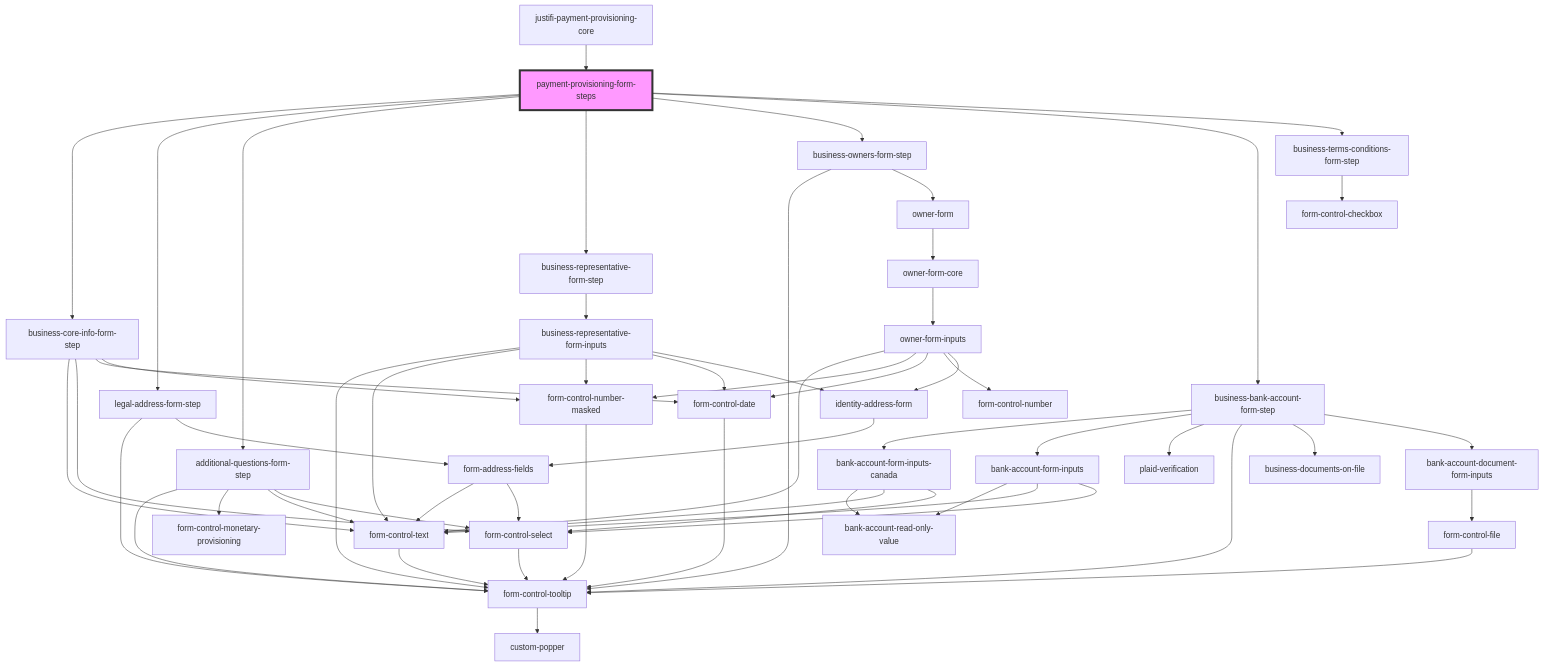
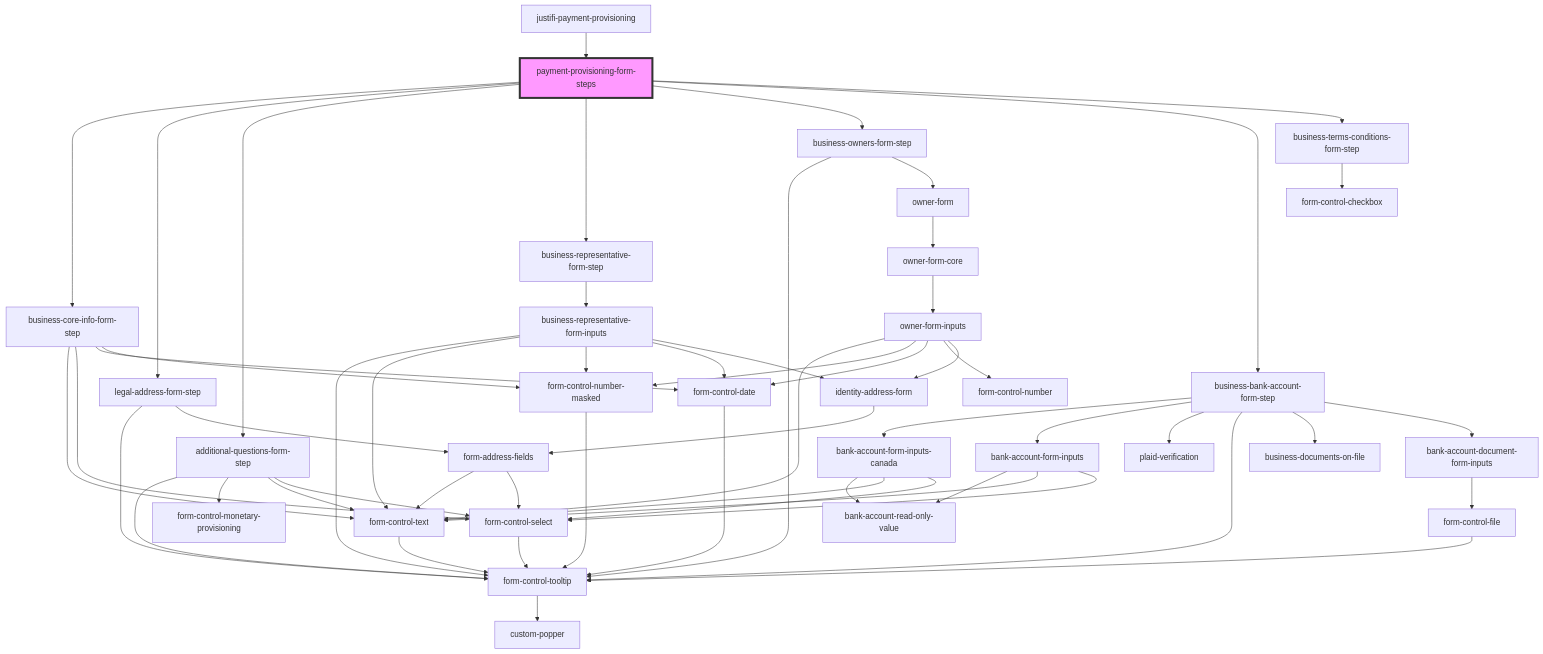
One commit to justifi-tech/web-component-library changed the diagram in packages/webcomponents/src/components/business-forms/payment-provisioning/readme.md. Above: the diagram before and after it, drawn with Mermaid. The commit also changed other lines of this file and 3 other files, not shown here.

First line of the commit message:
refactor: consolidate payment provisioning logic into JustifiPaymentProvisioning component

````diff
--- a/packages/webcomponents/src/components/business-forms/payment-provisioning/readme.md
+++ b/packages/webcomponents/src/components/business-forms/payment-provisioning/readme.md
@@ -54,60 +54,60 @@
 ```mermaid
 graph TD;
   payment-provisioning-form-steps --> business-core-info-form-step
   payment-provisioning-form-steps --> legal-address-form-step
   payment-provisioning-form-steps --> additional-questions-form-step
   payment-provisioning-form-steps --> business-representative-form-step
   payment-provisioning-form-steps --> business-owners-form-step
   payment-provisioning-form-steps --> business-bank-account-form-step
   payment-provisioning-form-steps --> business-terms-conditions-form-step
   business-core-info-form-step --> form-control-text
   business-core-info-form-step --> form-control-select
   business-core-info-form-step --> form-control-date
   business-core-info-form-step --> form-control-number-masked
   form-control-text --> form-control-tooltip
   form-control-tooltip --> custom-popper
   form-control-select --> form-control-tooltip
   form-control-date --> form-control-tooltip
   form-control-number-masked --> form-control-tooltip
   legal-address-form-step --> form-control-tooltip
   legal-address-form-step --> form-address-fields
   form-address-fields --> form-control-text
   form-address-fields --> form-control-select
   additional-questions-form-step --> form-control-tooltip
   additional-questions-form-step --> form-control-monetary-provisioning
   additional-questions-form-step --> form-control-text
   additional-questions-form-step --> form-control-select
   business-representative-form-step --> business-representative-form-inputs
   business-representative-form-inputs --> form-control-tooltip
   business-representative-form-inputs --> form-control-text
   business-representative-form-inputs --> form-control-number-masked
   business-representative-form-inputs --> form-control-date
   business-representative-form-inputs --> identity-address-form
   identity-address-form --> form-address-fields
   business-owners-form-step --> form-control-tooltip
   business-owners-form-step --> owner-form
   owner-form --> owner-form-core
   owner-form-core --> owner-form-inputs
   owner-form-inputs --> form-control-text
   owner-form-inputs --> form-control-number-masked
   owner-form-inputs --> form-control-date
   owner-form-inputs --> form-control-number
   owner-form-inputs --> identity-address-form
   business-bank-account-form-step --> bank-account-form-inputs-canada
   business-bank-account-form-step --> bank-account-form-inputs
   business-bank-account-form-step --> plaid-verification
   business-bank-account-form-step --> form-control-tooltip
   business-bank-account-form-step --> business-documents-on-file
   business-bank-account-form-step --> bank-account-document-form-inputs
   bank-account-form-inputs-canada --> bank-account-read-only-value
   bank-account-form-inputs-canada --> form-control-text
   bank-account-form-inputs-canada --> form-control-select
   bank-account-form-inputs --> bank-account-read-only-value
   bank-account-form-inputs --> form-control-text
   bank-account-form-inputs --> form-control-select
   bank-account-document-form-inputs --> form-control-file
   form-control-file --> form-control-tooltip
   business-terms-conditions-form-step --> form-control-checkbox
-  justifi-payment-provisioning-core --> payment-provisioning-form-steps
+  justifi-payment-provisioning --> payment-provisioning-form-steps
   style payment-provisioning-form-steps fill:#f9f,stroke:#333,stroke-width:4px
 ```
````
